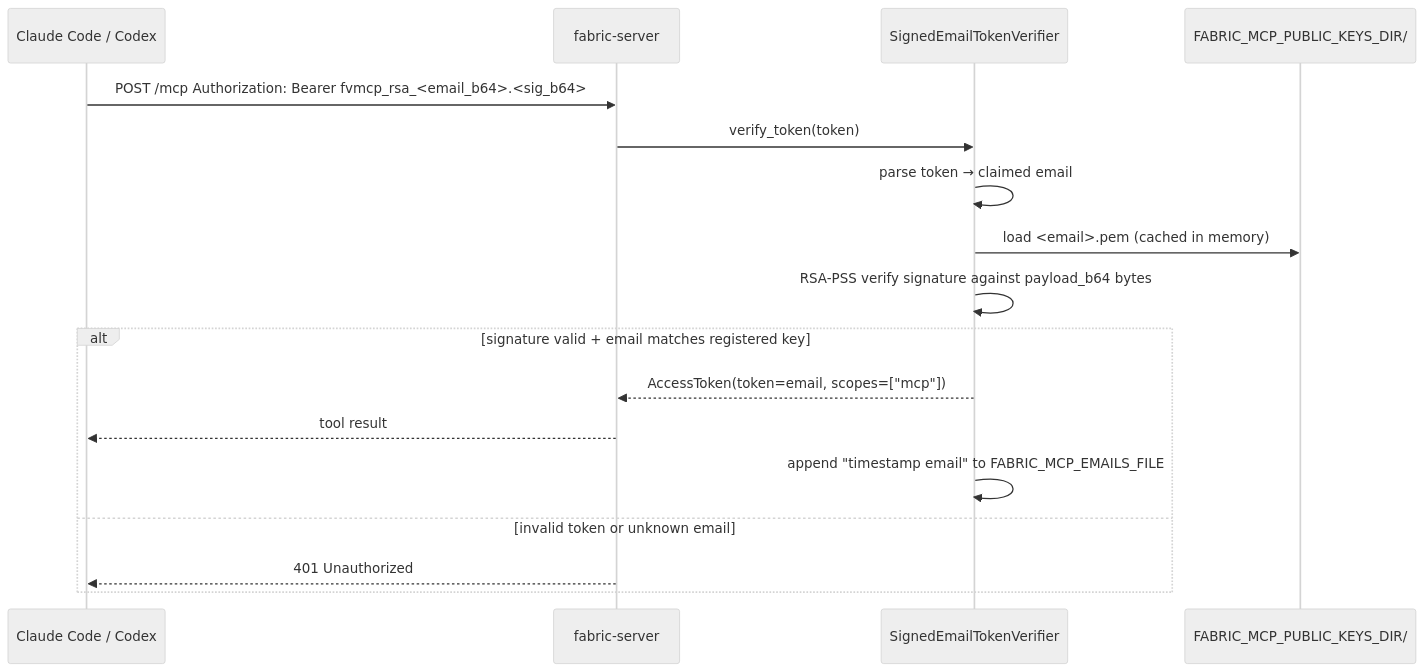
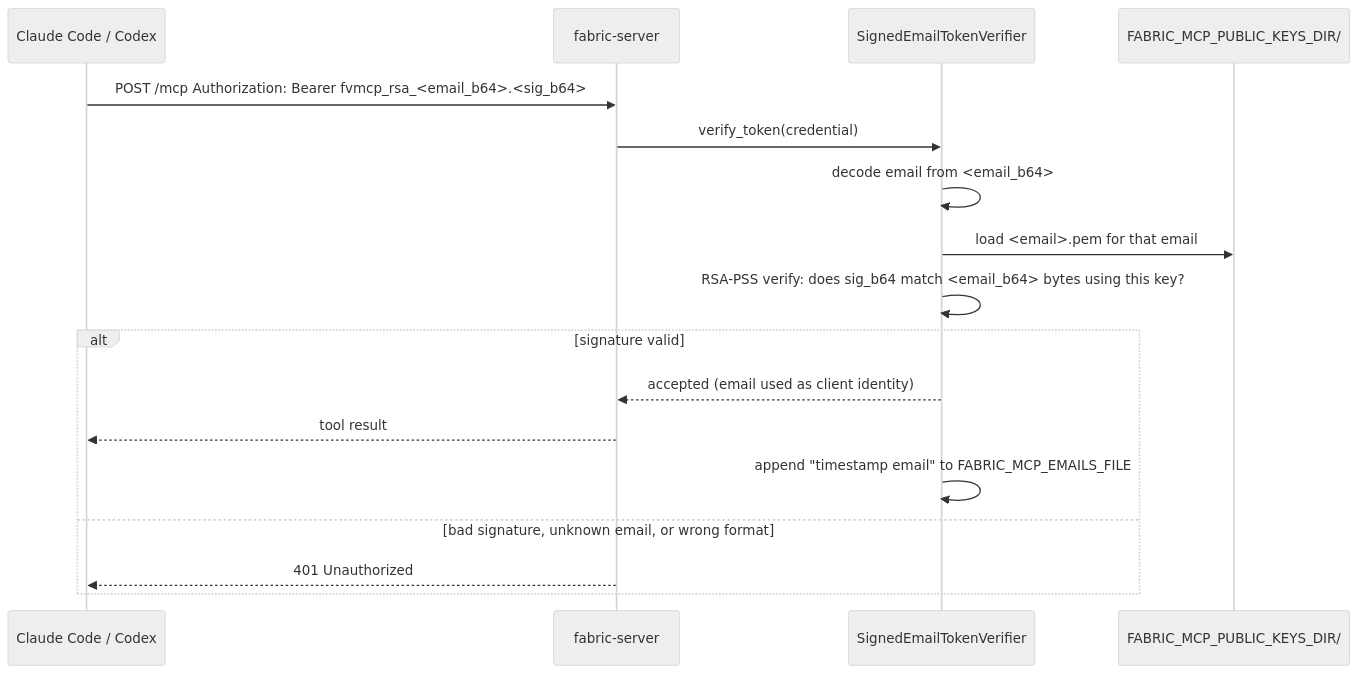
The second of 2 diagrams in docs/mcp-auth-flow.md (scardoso-lu/fabric-skills-settings), drawn with Mermaid (neutral theme) before and after one commit. The commit also changed other lines of this file, not shown here.

First line of the commit message:
docs: clarify mcp-auth-flow — no JWT, just RSA signature check

````diff
--- a/docs/mcp-auth-flow.md
+++ b/docs/mcp-auth-flow.md
@@ -66,20 +70,20 @@
 ```mermaid
 sequenceDiagram
     participant Agent as Claude Code / Codex
     participant Server as fabric-server
     participant Verifier as SignedEmailTokenVerifier
     participant Keys as FABRIC_MCP_PUBLIC_KEYS_DIR/
 
     Agent->>Server: POST /mcp  Authorization: Bearer fvmcp_rsa_<email_b64>.<sig_b64>
-    Server->>Verifier: verify_token(token)
-    Verifier->>Verifier: parse token → claimed email
-    Verifier->>Keys: load <email>.pem (cached in memory)
-    Verifier->>Verifier: RSA-PSS verify signature against payload_b64 bytes
-    alt signature valid + email matches registered key
-        Verifier-->>Server: AccessToken(token=email, scopes=["mcp"])
+    Server->>Verifier: verify_token(credential)
+    Verifier->>Verifier: decode email from <email_b64>
+    Verifier->>Keys: load <email>.pem for that email
+    Verifier->>Verifier: RSA-PSS verify: does sig_b64 match <email_b64> bytes using this key?
+    alt signature valid
+        Verifier-->>Server: accepted (email used as client identity)
         Server-->>Agent: tool result
         Verifier->>Verifier: append "timestamp email" to FABRIC_MCP_EMAILS_FILE
-    else invalid token or unknown email
+    else bad signature, unknown email, or wrong format
         Server-->>Agent: 401 Unauthorized
     end
 ```
````
